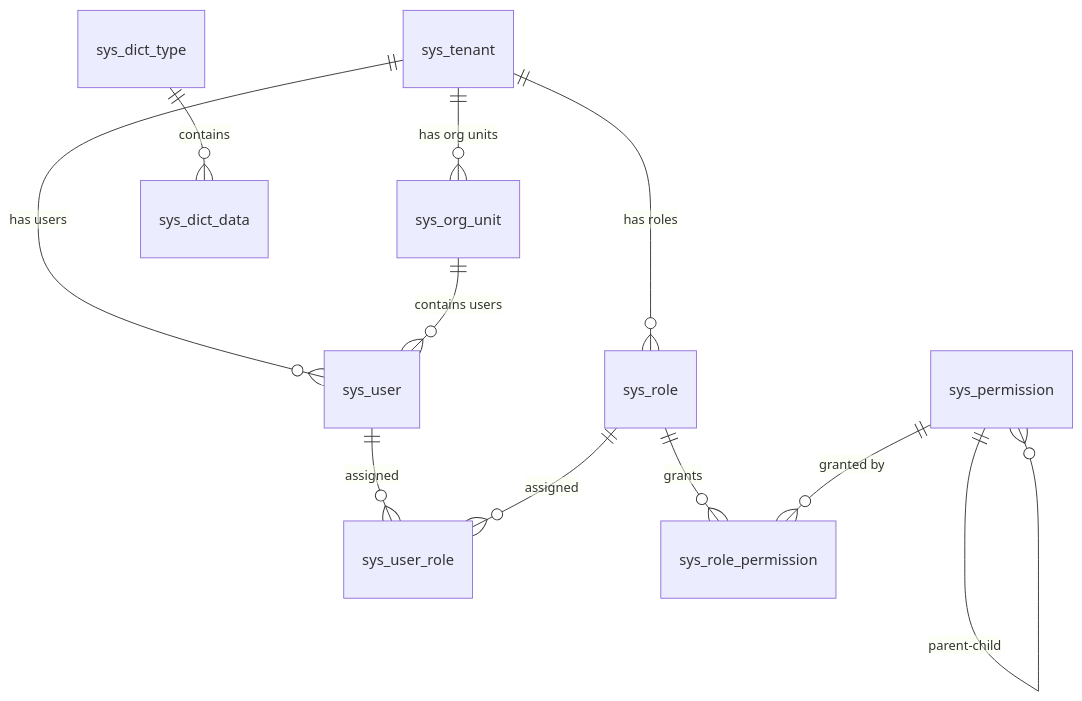
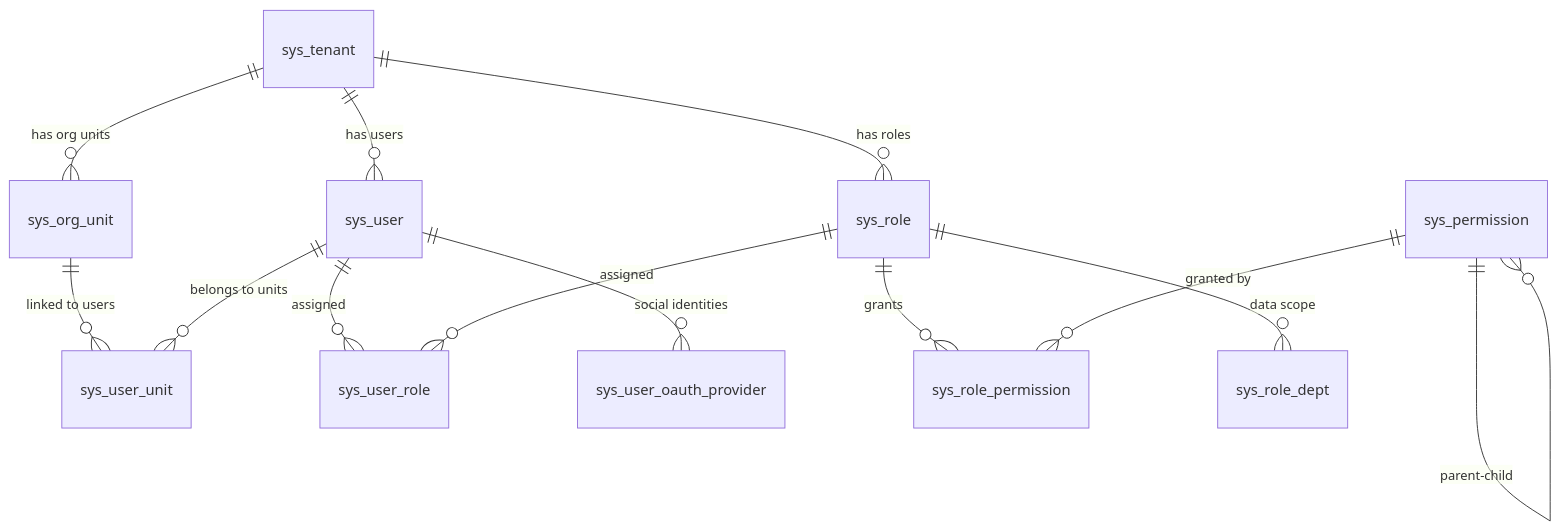
The diagram in docs/architecture.md (wang-baohai/Omni-Stack), drawn with Mermaid before and after one commit. The commit also changed other lines of this file and 31 other files, not shown here.

````diff
--- a/docs/architecture.md
+++ b/docs/architecture.md
@@ -117,13 +118,15 @@
 ```mermaid
 erDiagram
     sys_tenant ||--o{ sys_user : "has users"
     sys_tenant ||--o{ sys_role : "has roles"
     sys_tenant ||--o{ sys_org_unit : "has org units"
-    sys_org_unit ||--o{ sys_user : "contains users"
+    sys_org_unit ||--o{ sys_user_unit : "linked to users"
+    sys_user ||--o{ sys_user_unit : "belongs to units"
     sys_user ||--o{ sys_user_role : "assigned"
+    sys_user ||--o{ sys_user_oauth_provider : "social identities"
     sys_role ||--o{ sys_user_role : "assigned"
     sys_role ||--o{ sys_role_permission : "grants"
+    sys_role ||--o{ sys_role_dept : "data scope"
     sys_permission ||--o{ sys_role_permission : "granted by"
     sys_permission ||--o{ sys_permission : "parent-child"
-    sys_dict_type ||--o{ sys_dict_data : "contains"
 ```
````
